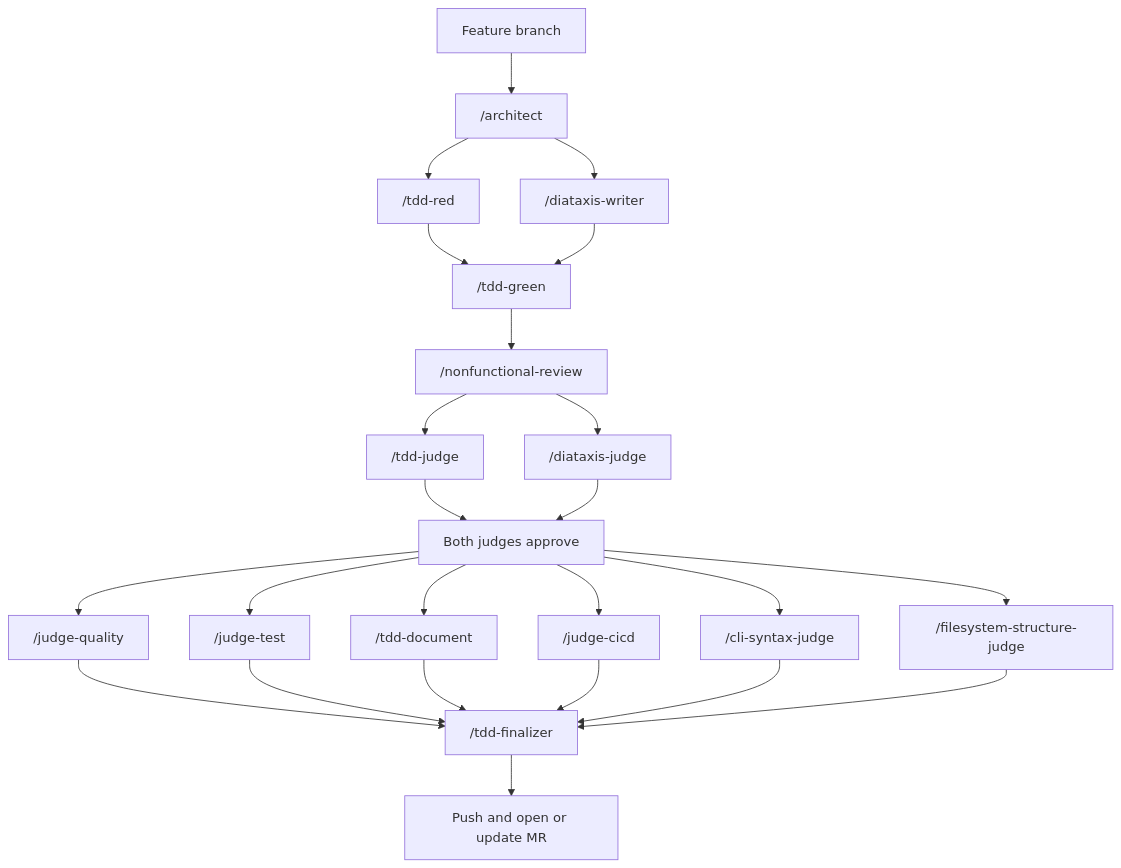
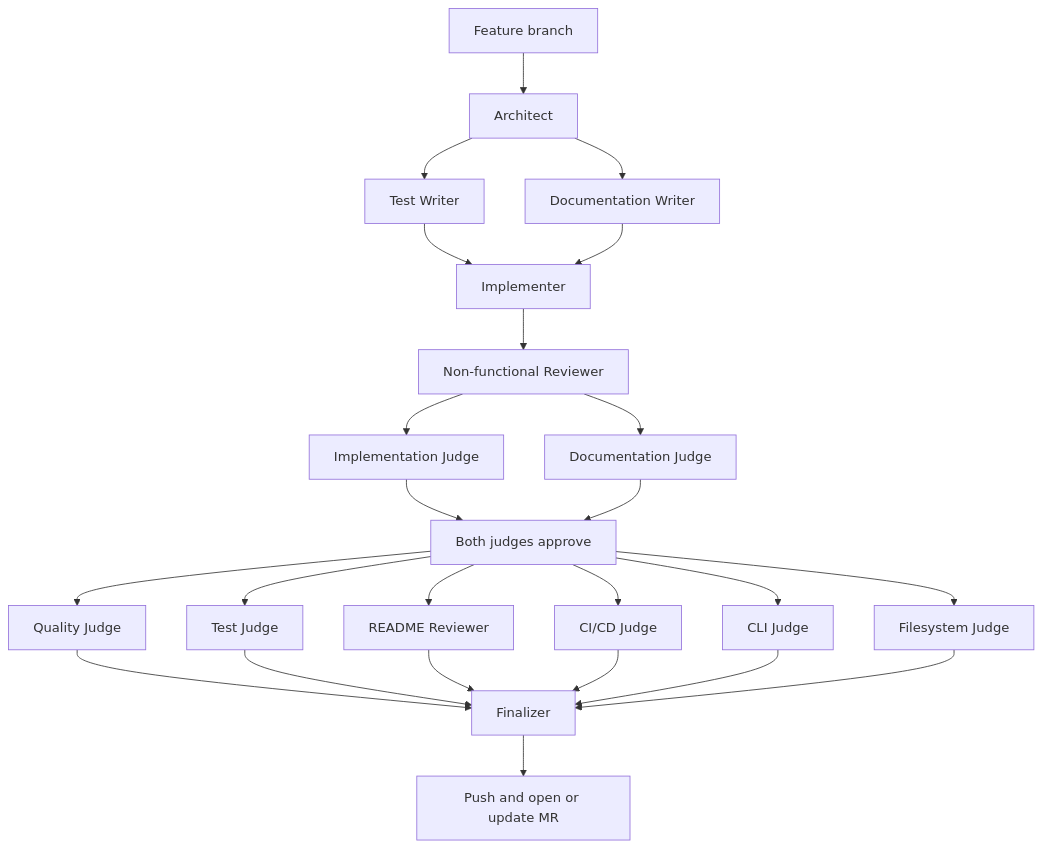
The diagram in README.md (dfwguy/nvis-ova-agentic-copier), drawn with Mermaid before and after one commit. The commit also changed other lines of this file and 66 other files, not shown here.

````diff
--- a/README.md
+++ b/README.md
@@ -243,26 +245,26 @@
 ```mermaid
 flowchart TD
-    branch[Feature branch] --> architect["/architect"]
-    architect --> red["/tdd-red"]
-    architect --> writer["/diataxis-writer"]
-    red --> green["/tdd-green"]
+    branch[Feature branch] --> architect["Architect"]
+    architect --> red["Test Writer"]
+    architect --> writer["Documentation Writer"]
+    red --> green["Implementer"]
     writer --> green
-    green --> nonfunctional["/nonfunctional-review"]
-    nonfunctional --> implementation["/tdd-judge"]
-    nonfunctional --> documentation["/diataxis-judge"]
+    green --> nonfunctional["Non-functional Reviewer"]
+    nonfunctional --> implementation["Implementation Judge"]
+    nonfunctional --> documentation["Documentation Judge"]
     implementation --> approved[Both judges approve]
     documentation --> approved
-    approved --> quality["/judge-quality"]
-    approved --> tests["/judge-test"]
-    approved --> landing["/tdd-document"]
-    approved --> cicd["/judge-cicd"]
-    approved --> cli["/cli-syntax-judge"]
-    approved --> filesystem["/filesystem-structure-judge"]
-    quality --> finalizer["/tdd-finalizer"]
+    approved --> quality["Quality Judge"]
+    approved --> tests["Test Judge"]
+    approved --> landing["README Reviewer"]
+    approved --> cicd["CI/CD Judge"]
+    approved --> cli["CLI Judge"]
+    approved --> filesystem["Filesystem Judge"]
+    quality --> finalizer["Finalizer"]
     tests --> finalizer
     landing --> finalizer
     cicd --> finalizer
     cli --> finalizer
     filesystem --> finalizer
     finalizer --> publish[Push and open or update MR]
 ```
````
